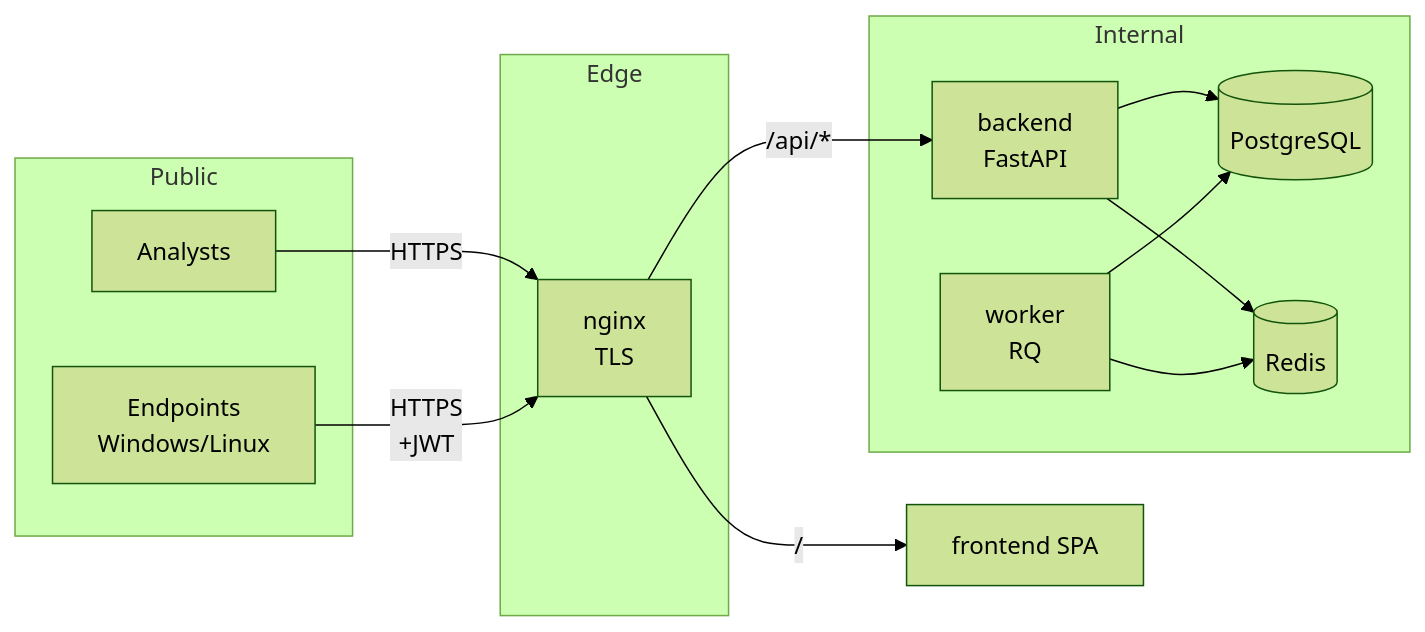
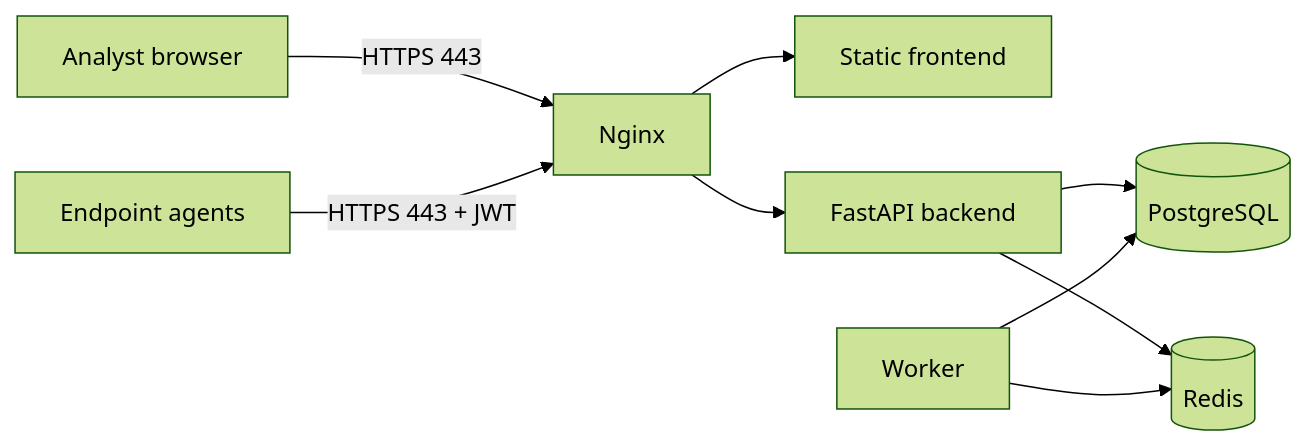
Before and after one commit to Patrickleondev/Hackathon_au_Togo_IT_Days_2025_EPL_Team: the second of 3 diagrams in docs/02-ARCHITECTURE.md, drawn with Mermaid (forest theme). The commit also changed other lines of this file and 9 other files, not shown here.

````diff
--- a/docs/02-ARCHITECTURE.md
+++ b/docs/02-ARCHITECTURE.md
@@ -17,24 +36,11 @@
 ```mermaid
-graph LR
-  subgraph "Public"
-    A[Analysts]
-    E[Endpoints<br/>Windows/Linux]
-  end
-  subgraph "Edge"
-    NX[nginx<br/>TLS]
-  end
-  subgraph "Internal"
-    BE[backend<br/>FastAPI]
-    WK[worker<br/>RQ]
-    DB[(PostgreSQL)]
-    RD[(Redis)]
-  end
-  A -->|HTTPS| NX
-  E -->|HTTPS<br/>+JWT| NX
-  NX -->|/api/*| BE
-  NX -->|/| FE[frontend SPA]
-  BE --> DB
-  BE --> RD
-  WK --> RD
-  WK --> DB
+flowchart LR
+  Analyst[Analyst browser] -->|HTTPS 443| Nginx[Nginx]
+  Agent[Endpoint agents] -->|HTTPS 443 + JWT| Nginx
+  Nginx --> Frontend[Static frontend]
+  Nginx --> Backend[FastAPI backend]
+  Backend --> DB[(PostgreSQL)]
+  Backend --> Redis[(Redis)]
+  Worker[Worker] --> Redis
+  Worker --> DB
 ```
````
